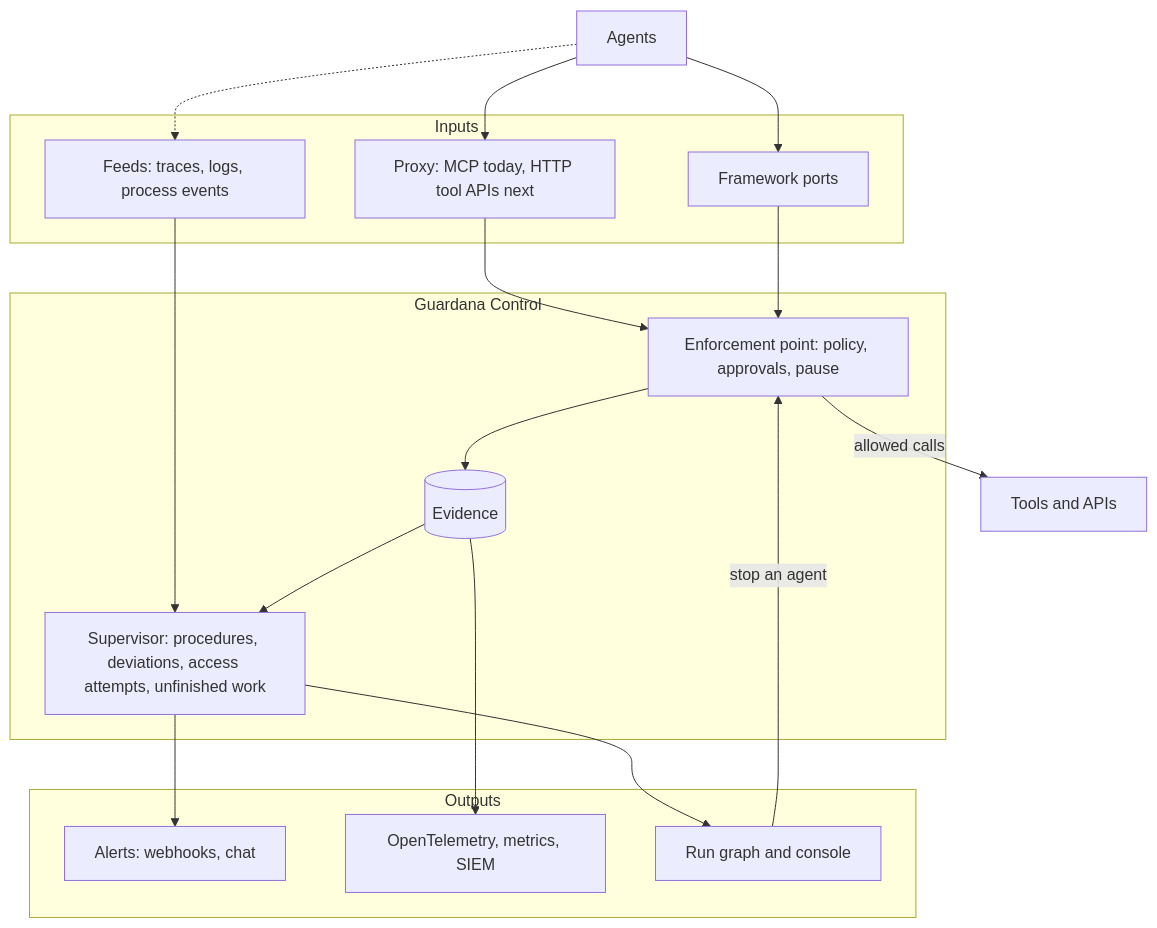
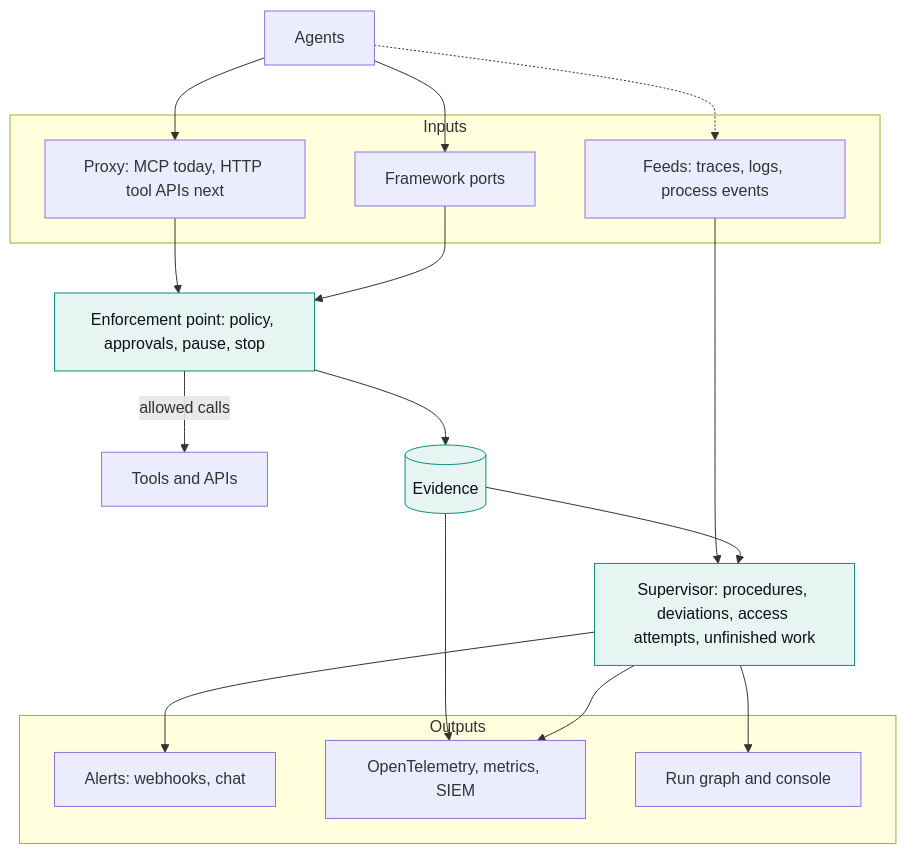
Before and after one commit to guardana/control: the second of 3 diagrams in README.md, drawn with Mermaid. The commit also changed other lines of this file and 2 other files, not shown here.

First line of the commit message:
docs: give the README's diagrams a text alternative

````diff
--- a/README.md
+++ b/README.md
@@ -87,33 +89,35 @@
 ```mermaid
 flowchart TB
+    accTitle: Where Guardana Control is going
+    accDescr: Agents reach Control through a proxy, framework ports, and feeds of traces, logs and process events. The enforcement point decides each call, can pause or stop an agent, passes allowed calls to tools and APIs, and records evidence. A supervisor compares that evidence and the feeds with procedures and permissions, and reports through alerts, OpenTelemetry, metrics, a SIEM, and a run graph with a console.
     AG[Agents]
     subgraph IN[Inputs]
         PX["Proxy: MCP today, HTTP tool APIs next"]
         PT[Framework ports]
         FD["Feeds: traces, logs, process events"]
     end
-    subgraph CTL[Guardana Control]
-        PEP["Enforcement point: policy, approvals, pause"]
-        SV["Supervisor: procedures, deviations, access attempts, unfinished work"]
-        EV[(Evidence)]
-    end
+    PEP["Enforcement point: policy, approvals, pause, stop"]
+    TL[Tools and APIs]
+    EV[(Evidence)]
+    SV["Supervisor: procedures, deviations, access attempts, unfinished work"]
     subgraph OUT[Outputs]
         AL["Alerts: webhooks, chat"]
         EX["OpenTelemetry, metrics, SIEM"]
         GR[Run graph and console]
     end
-    TL[Tools and APIs]
     AG --> PX
     AG --> PT
     AG -.-> FD
     PX --> PEP
     PT --> PEP
     PEP -->|allowed calls| TL
+    PEP --> EV
     FD --> SV
-    PEP --> EV
     EV --> SV
+    EV --> EX
     SV --> AL
-    EV --> EX
+    SV --> EX
     SV --> GR
-    GR -->|stop an agent| PEP
+    classDef accent fill:#E6F4F2,stroke:#0B8F80,color:#0F1115
+    class PEP,EV,SV accent
 ```
````
